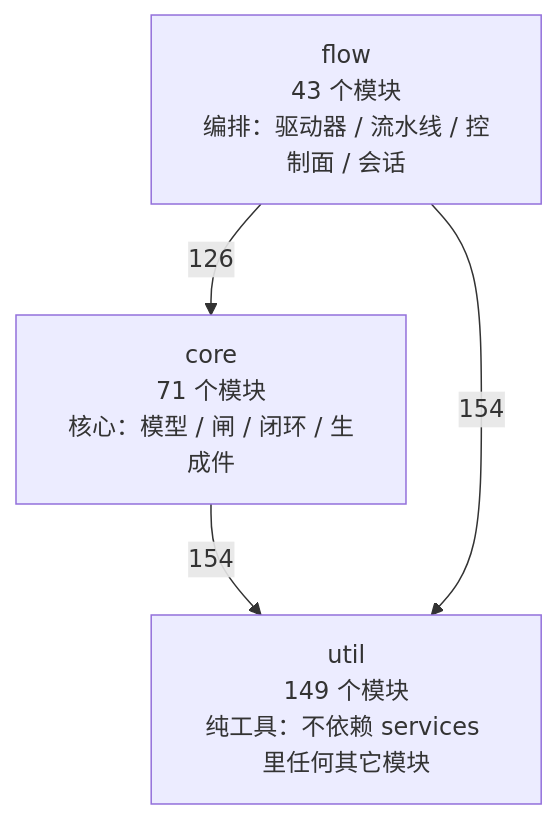
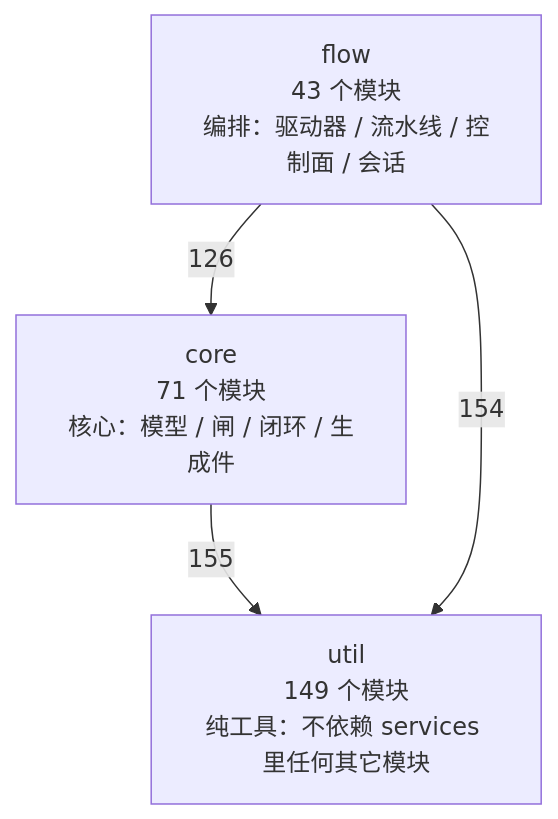
Before and after one commit to 2686521696/WhyBuddy: the first of 4 diagrams in docs/SlideRule V6.2 架构图（自动生成）.md, drawn with Mermaid. The commit also changed other lines of this file and 17 other files, not shown here.

````diff
--- a/docs/SlideRule V6.2 架构图（自动生成）.md
+++ b/docs/SlideRule V6.2 架构图（自动生成）.md
@@ -50,9 +50,9 @@
 ```mermaid
 flowchart TB
   util["util<br/>149 个模块<br/>纯工具：不依赖 services 里任何其它模块"]
   core["core<br/>71 个模块<br/>核心：模型 / 闸 / 闭环 / 生成件"]
   flow["flow<br/>43 个模块<br/>编排：驱动器 / 流水线 / 控制面 / 会话"]
-  core -->|154| util
+  core -->|155| util
   flow -->|126| core
   flow -->|154| util
 ```
````
